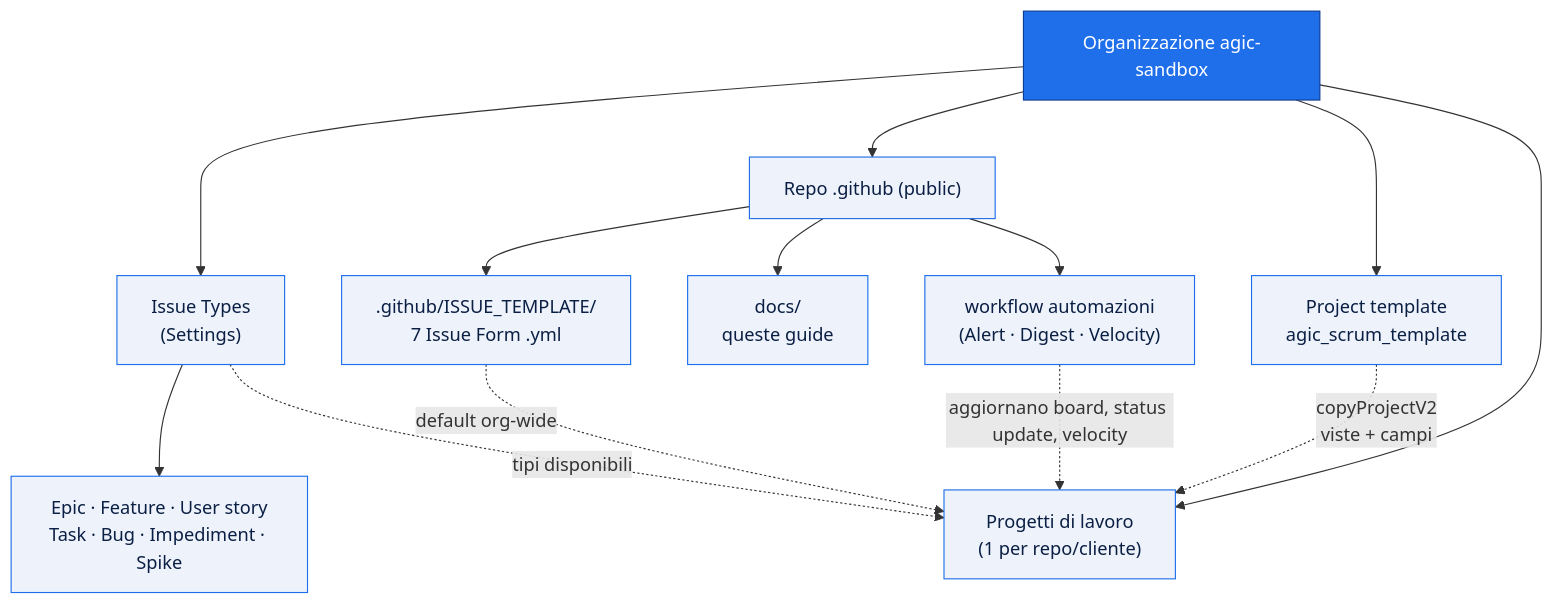
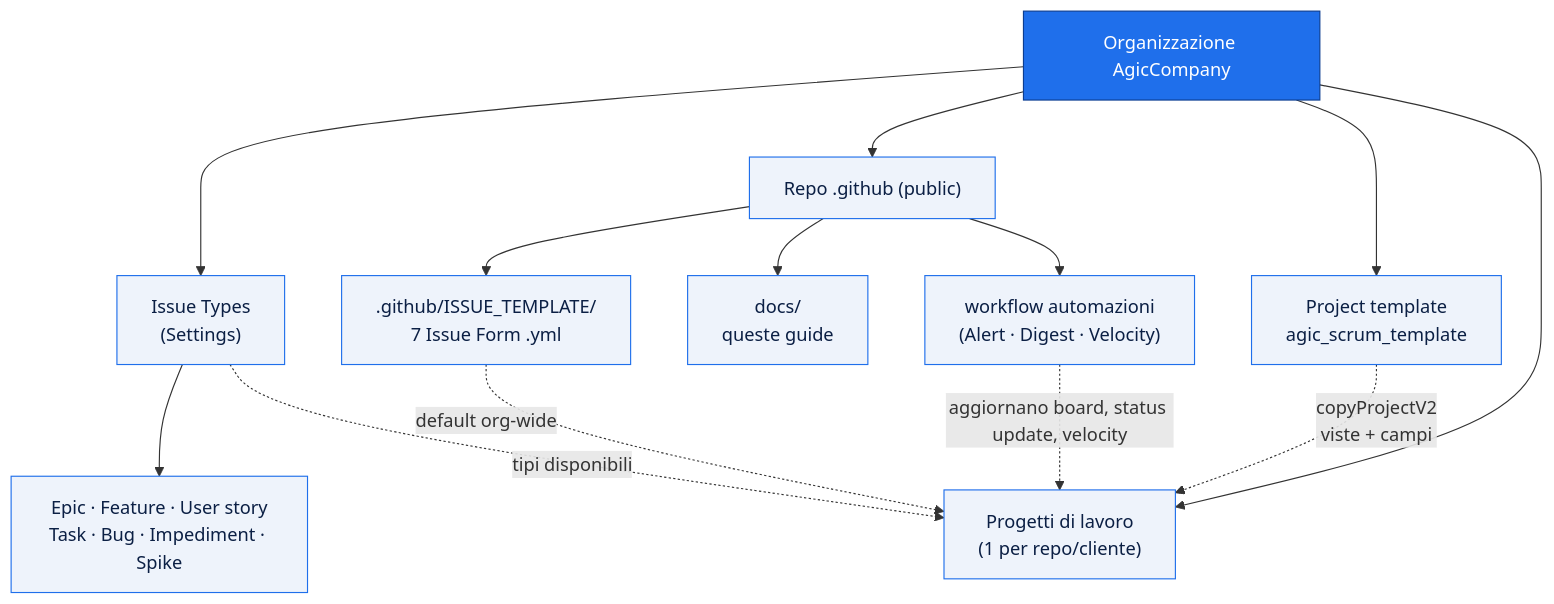
The diagram in docs/README.md (AgicCompany/.github), drawn with Mermaid before and after one commit. The commit also changed other lines of this file and 14 other files, not shown here.

Commit message:
fix: change org name to AgicCompany

````diff
--- a/docs/README.md
+++ b/docs/README.md
@@ -18,25 +18,25 @@
 ```mermaid
 flowchart TD
-    ORG["Organizzazione agic-sandbox"]
+    ORG["Organizzazione AgicCompany"]
 
     ORG --> TYPES["Issue Types<br/>(Settings)"]
     ORG --> GH["Repo .github (public)"]
     ORG --> TPL["Project template<br/>agic_scrum_template"]
     ORG --> WORK["Progetti di lavoro<br/>(1 per repo/cliente)"]
 
     TYPES --> T1["Epic · Feature · User story<br/>Task · Bug · Impediment · Spike"]
 
     GH --> FORMS[".github/ISSUE_TEMPLATE/<br/>7 Issue Form .yml"]
     GH --> DOCS["docs/<br/>queste guide"]
     GH --> ALERTS["workflow automazioni<br/>(Alert · Digest · Velocity)"]
 
     TPL -.->|copyProjectV2<br/>viste + campi| WORK
     FORMS -.->|default org-wide| WORK
     TYPES -.->|tipi disponibili| WORK
     ALERTS -.->|aggiornano board, status update, velocity| WORK
 
     classDef org fill:#1f6feb,stroke:#0b3d91,color:#fff;
     classDef node fill:#eef3fb,stroke:#1f6feb,color:#0b1f44;
     class ORG org;
     class TYPES,GH,TPL,WORK,T1,FORMS,DOCS,ALERTS node;
 ```
````
